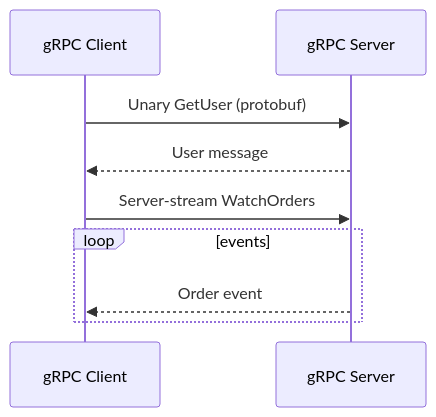
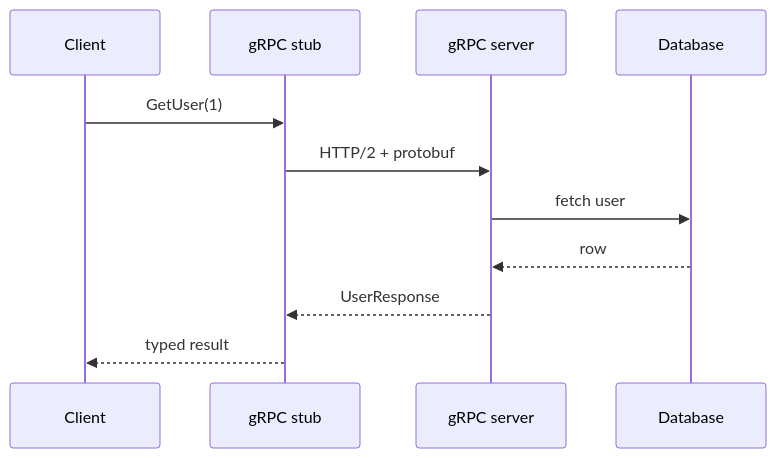
The eighth of 33 diagrams in 07-api-design/README.md (hareramcse/SystemDesign), drawn with Mermaid before and after one commit. The commit also changed other lines of this file, not shown here.

````diff
--- a/07-api-design/README.md
+++ b/07-api-design/README.md
@@ -371,11 +634,13 @@
 ```mermaid
 sequenceDiagram
-    participant C as gRPC Client
-    participant S as gRPC Server
-    C->>S: Unary GetUser (protobuf)
-    S-->>C: User message
-    C->>S: Server-stream WatchOrders
-    loop events
-        S-->>C: Order event
-    end
+    participant C as Client
+    participant Stub as gRPC stub
+    participant S as gRPC server
+    participant DB as Database
+    C->>Stub: GetUser(1)
+    Stub->>S: HTTP/2 + protobuf
+    S->>DB: fetch user
+    DB-->>S: row
+    S-->>Stub: UserResponse
+    Stub-->>C: typed result
 ```
````
